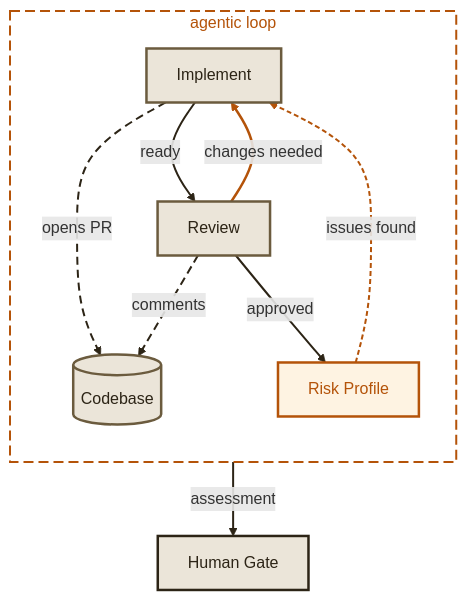
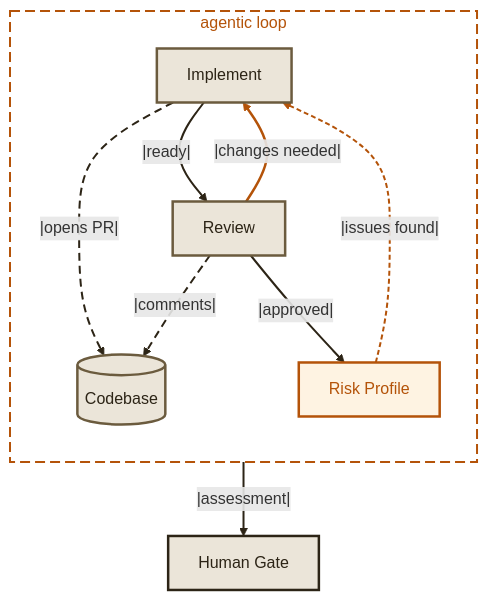
One commit to dunkinfrunkin/maestro changed the third of 5 diagrams in docs/docs/concepts/index.mdx. Above: the diagram before and after it, drawn with Mermaid. The commit also changed other lines of this file, not shown here.

````diff
--- a/docs/docs/concepts/index.mdx
+++ b/docs/docs/concepts/index.mdx
@@ -64,29 +64,29 @@
 ```mermaid
 graph TB
   subgraph LOOP ["agentic loop"]
     direction TB
-    IA["Implement"] -- "opens PR" --> CB[("Codebase")]
-    IA -- "ready" --> RA["Review"]
-    RA -- "changes needed" --> IA
-    RA -. "comments" .-> CB
-    RA -- "approved" --> RP["Risk Profile"]
-    RP -. "issues found" .-> IA
+    IA["Implement"] -- |opens PR| --> CB[("Codebase")]
+    IA -- |ready| --> RA["Review"]
+    RA -- |changes needed| --> IA
+    RA -- |comments| --> CB
+    RA -- |approved| --> RP["Risk Profile"]
+    RP -- |issues found| --> IA
   end
 
-  RP -- "assessment" --> OUT["Human Gate"]
+  RP -- |assessment| --> OUT["Human Gate"]
 
   style LOOP fill:none,stroke:#b45309,stroke-width:2px,stroke-dasharray:10 5,color:#b45309
   style IA fill:#ebe5d9,stroke:#6b5b3e,stroke-width:2.5px,color:#2c2416
   style CB fill:#ebe5d9,stroke:#6b5b3e,stroke-width:2.5px,color:#2c2416
   style RA fill:#ebe5d9,stroke:#6b5b3e,stroke-width:2.5px,color:#2c2416
   style RP fill:#fef3e2,stroke:#b45309,stroke-width:2.5px,color:#b45309
   style OUT fill:#ebe5d9,stroke:#2c2416,stroke-width:2.5px,color:#2c2416
 
   linkStyle 0 stroke:#2c2416,stroke-width:2px,stroke-dasharray:8 5
   linkStyle 1 stroke:#2c2416,stroke-width:2px
   linkStyle 2 stroke:#b45309,stroke-width:2.5px
   linkStyle 3 stroke:#2c2416,stroke-width:2px,stroke-dasharray:8 5
   linkStyle 4 stroke:#2c2416,stroke-width:2px
   linkStyle 5 stroke:#b45309,stroke-width:2px,stroke-dasharray:5 3
   linkStyle 6 stroke:#2c2416,stroke-width:2px
 ```
````
